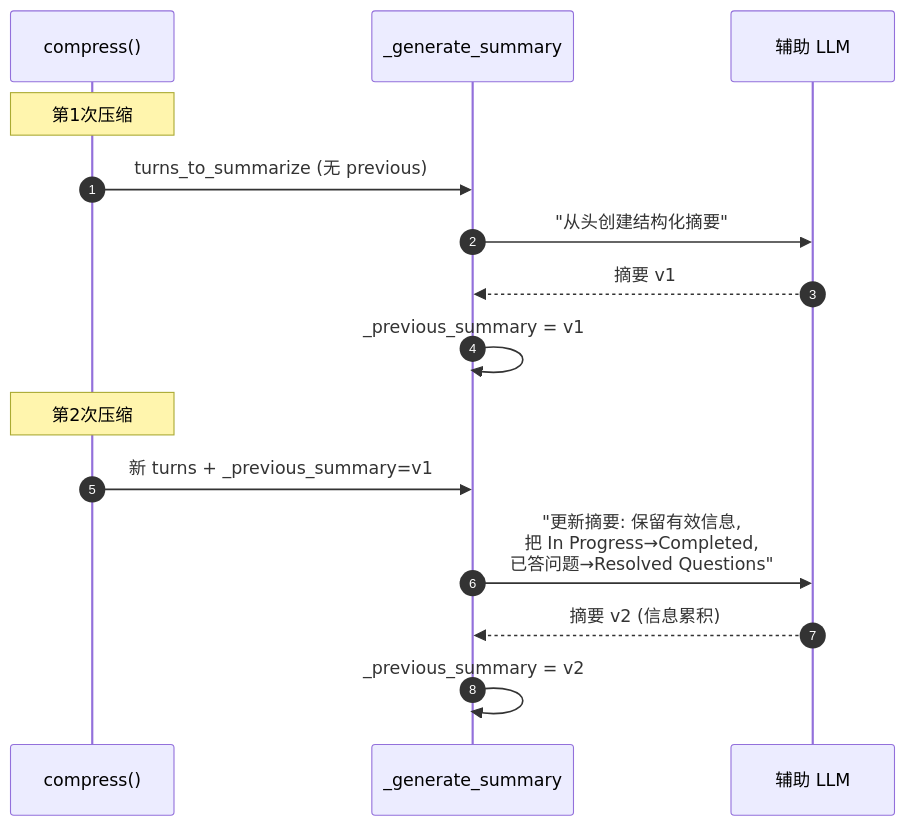
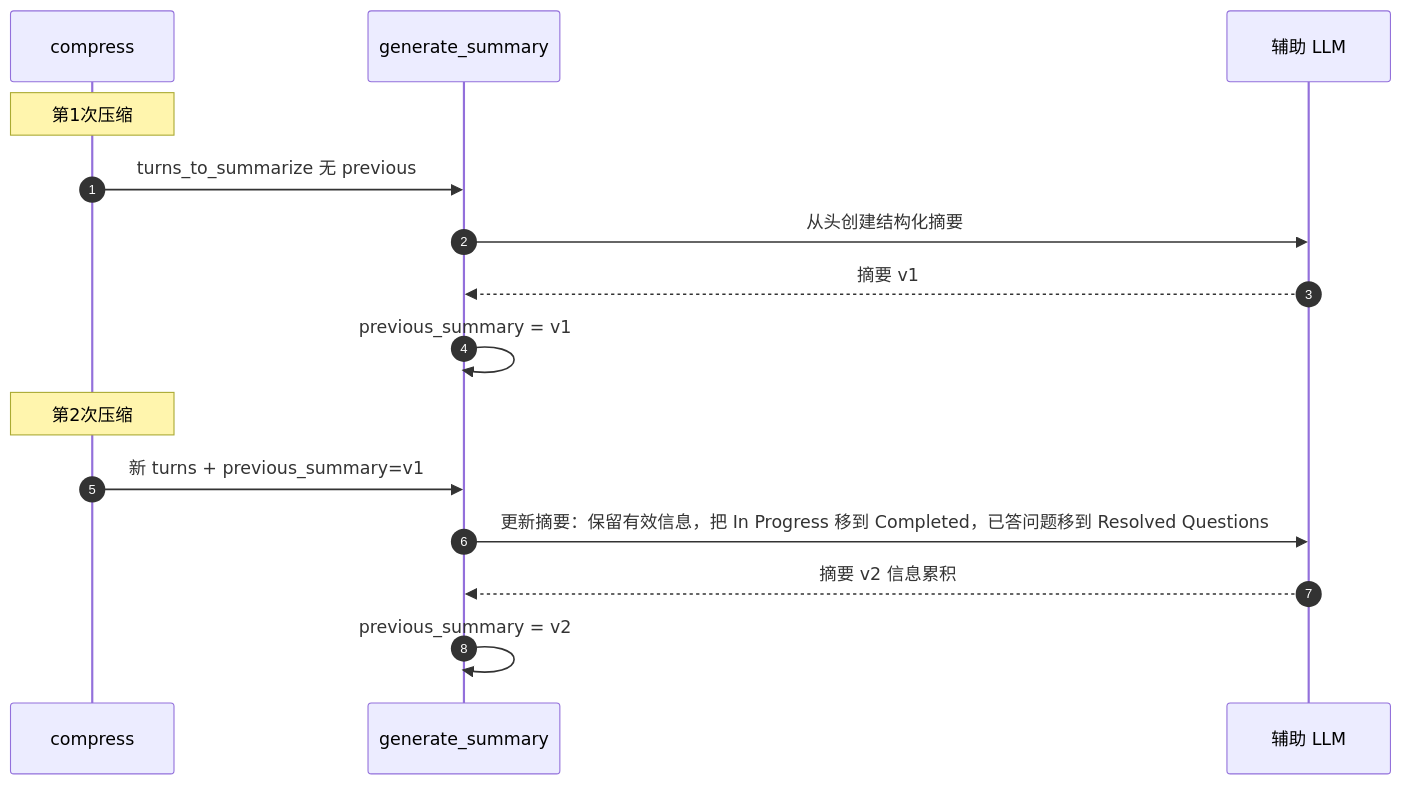
Diagram 11 of 16 in content/origin/2026-07-01-hermes-context-compression/index.md (eriklee1895/writing-agent-harness), drawn with Mermaid before and after one commit. The commit also changed other lines of this file and 5 other files, not shown here.

````diff
--- a/content/origin/2026-07-01-hermes-context-compression/index.md
+++ b/content/origin/2026-07-01-hermes-context-compression/index.md
@@ -524,19 +524,19 @@
 ```mermaid
 sequenceDiagram
     autonumber
-    participant C as compress()
-    participant G as _generate_summary
+    participant C as compress
+    participant G as generate_summary
     participant AUX as 辅助 LLM
 
     Note over C: 第1次压缩
-    C->>G: turns_to_summarize (无 previous)
-    G->>AUX: "从头创建结构化摘要"
+    C->>G: turns_to_summarize 无 previous
+    G->>AUX: 从头创建结构化摘要
     AUX-->>G: 摘要 v1
-    G->>G: _previous_summary = v1
+    G->>G: previous_summary = v1
 
     Note over C: 第2次压缩
-    C->>G: 新 turns + _previous_summary=v1
-    G->>AUX: "更新摘要: 保留有效信息,<br/>把 In Progress→Completed,<br/>已答问题→Resolved Questions"
-    AUX-->>G: 摘要 v2 (信息累积)
-    G->>G: _previous_summary = v2
+    C->>G: 新 turns + previous_summary=v1
+    G->>AUX: 更新摘要：保留有效信息，把 In Progress 移到 Completed，已答问题移到 Resolved Questions
+    AUX-->>G: 摘要 v2 信息累积
+    G->>G: previous_summary = v2
 ```
````
